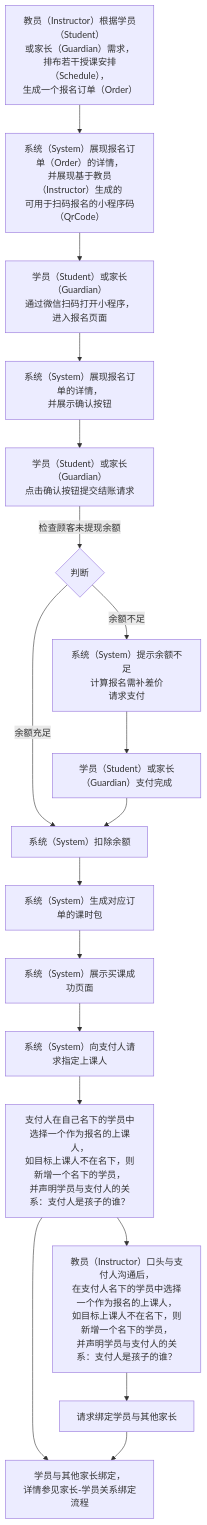
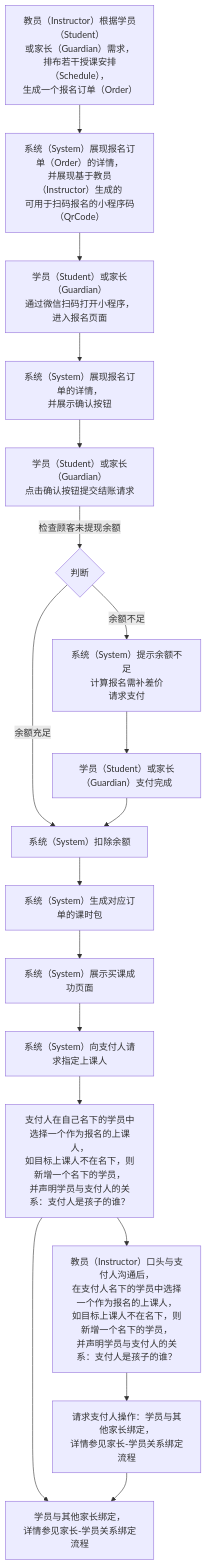
Before and after one commit to world-wide-web/sign: the diagram in 用例/报名.md, drawn with Mermaid. The commit also changed other lines of this file, not shown here.

````diff
--- a/用例/报名.md
+++ b/用例/报名.md
@@ -7,53 +7,53 @@
 ```mermaid
 graph TD
 
 生成报名订单-->生成报名码
 生成报名码-->扫码报名
 扫码报名-->展现报名订单
 展现报名订单-->确认并提交结账请求
 确认并提交结账请求--检查顾客未提现余额-->检查顾客未提现余额
 检查顾客未提现余额--余额充足-->扣除余额
 检查顾客未提现余额--余额不足-->请求支付
 请求支付-->支付完成
 支付完成-->扣除余额
 扣除余额-->生成课时包
 生成课时包-->提示买课成功
 提示买课成功-->请求身份声明
 请求身份声明-->指定上课人
 指定上课人-->教员代理身份声明
 教员代理身份声明-->请求绑定学员与其他家长
 指定上课人-->学员与其他家长绑定
 请求绑定学员与其他家长-->学员与其他家长绑定
 
 生成报名订单["<center>教员（Instructor）根据学员（Student）<br>或家长（Guardian）需求，<br>排布若干授课安排（Schedule），<br>生成一个报名订单（Order）</center>"]
 
 生成报名码["<center>系统（System）展现报名订单（Order）的详情，<br>并展现基于教员（Instructor）生成的<br>可用于扫码报名的小程序码（QrCode）</center>"]
 
 扫码报名["<center>学员（Student）或家长（Guardian）<br>通过微信扫码打开小程序，进入报名页面</center>"]
 
 展现报名订单["<center>系统（System）展现报名订单的详情，<br>并展示确认按钮</center>"]
 
 确认并提交结账请求["<center>学员（Student）或家长（Guardian）<br>点击确认按钮提交结账请求</center>"]
 
 检查顾客未提现余额{判断}
 
 请求支付["<center>系统（System）提示余额不足<br>计算报名需补差价<br>请求支付</center>"]
 
 支付完成["<center>学员（Student）或家长（Guardian）支付完成</center>"]
 
 扣除余额["<center>系统（System）扣除余额</center>"]
 
 生成课时包["<center>系统（System）生成对应订单的课时包</center>"]
 
 提示买课成功["<center>系统（System）展示买课成功页面</center>"]
 
 请求身份声明["<center>系统（System）向支付人请求指定上课人</center>"]
 
 指定上课人["<center>支付人在自己名下的学员中选择一个作为报名的上课人，<br>如目标上课人不在名下，则新增一个名下的学员，<br>并声明学员与支付人的关系：支付人是孩子的谁？</center>"]
 
 教员代理身份声明["<center>教员（Instructor）口头与支付人沟通后，<br>在支付人名下的学员中选择一个作为报名的上课人，<br>如目标上课人不在名下，则新增一个名下的学员，<br>并声明学员与支付人的关系：支付人是孩子的谁？</center>"]
 
-请求绑定学员与其他家长
+请求绑定学员与其他家长["<center>请求支付人操作：学员与其他家长绑定，<br>详情参见家长-学员关系绑定流程</center>"]
 
 学员与其他家长绑定["<center>学员与其他家长绑定，<br>详情参见家长-学员关系绑定流程</center>"]
 ```
````
